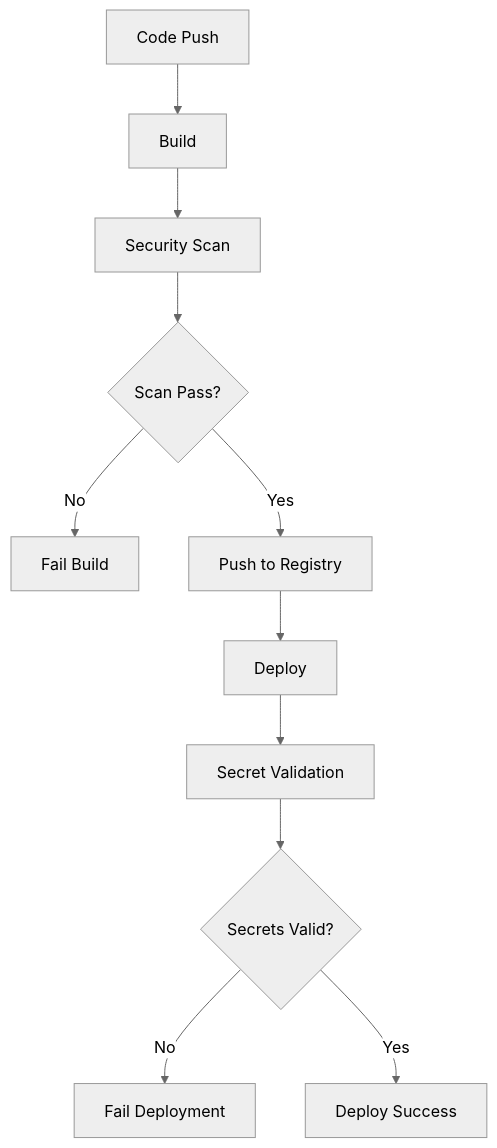
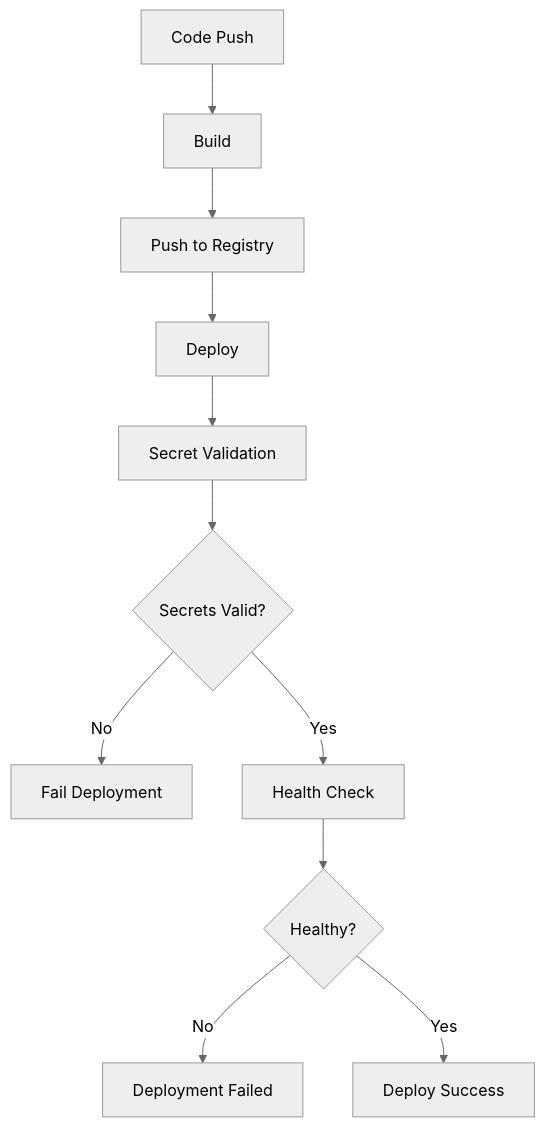
One commit to 4gh0rn/dev-blog changed diagram 11 of 11 in docs/projects/conduit-deployment.md. Above: the diagram before and after it, drawn with Mermaid (neutral theme). The commit also changed other lines of this file, not shown here.

Commit message:
Update conduit-deployment documentation: modify pipeline stages to reflect changes in security scanning and deployment processes, add notes on recommended security practices, and enhance clarity in workflow diagrams.

````diff
--- a/docs/projects/conduit-deployment.md
+++ b/docs/projects/conduit-deployment.md
@@ -318,13 +319,13 @@
 ```mermaid
 graph TB
     A[Code Push] --> B[Build]
-    B --> C[Security Scan]
-    C --> D{Scan Pass?}
-    D -->|No| E[Fail Build]
-    D -->|Yes| F[Push to Registry]
-    F --> G[Deploy]
-    G --> H[Secret Validation]
-    H --> I{Secrets Valid?}
-    I -->|No| J[Fail Deployment]
+    B --> C[Push to Registry]
+    C --> D[Deploy]
+    D --> E[Secret Validation]
+    E --> F{Secrets Valid?}
+    F -->|No| G[Fail Deployment]
+    F -->|Yes| H[Health Check]
+    H --> I{Healthy?}
+    I -->|No| J[Deployment Failed]
     I -->|Yes| K[Deploy Success]
 ```
````
